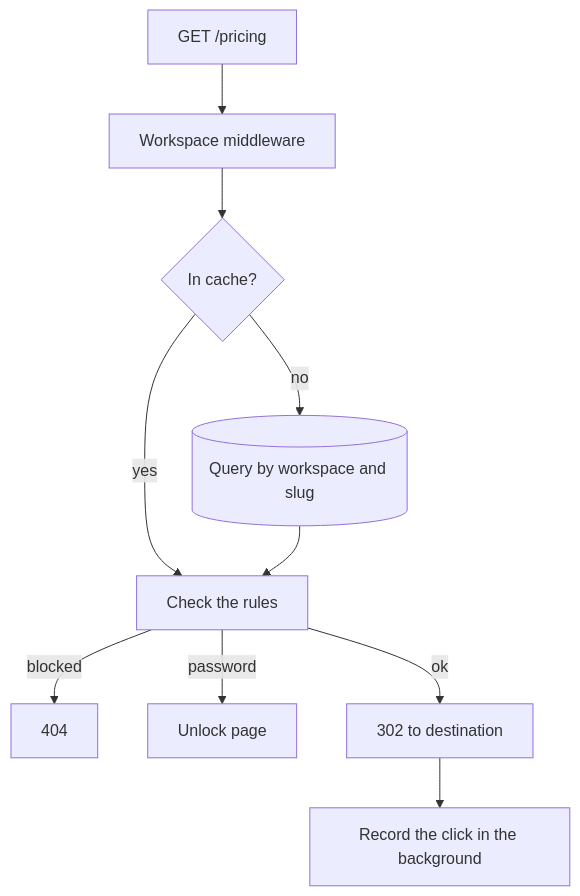
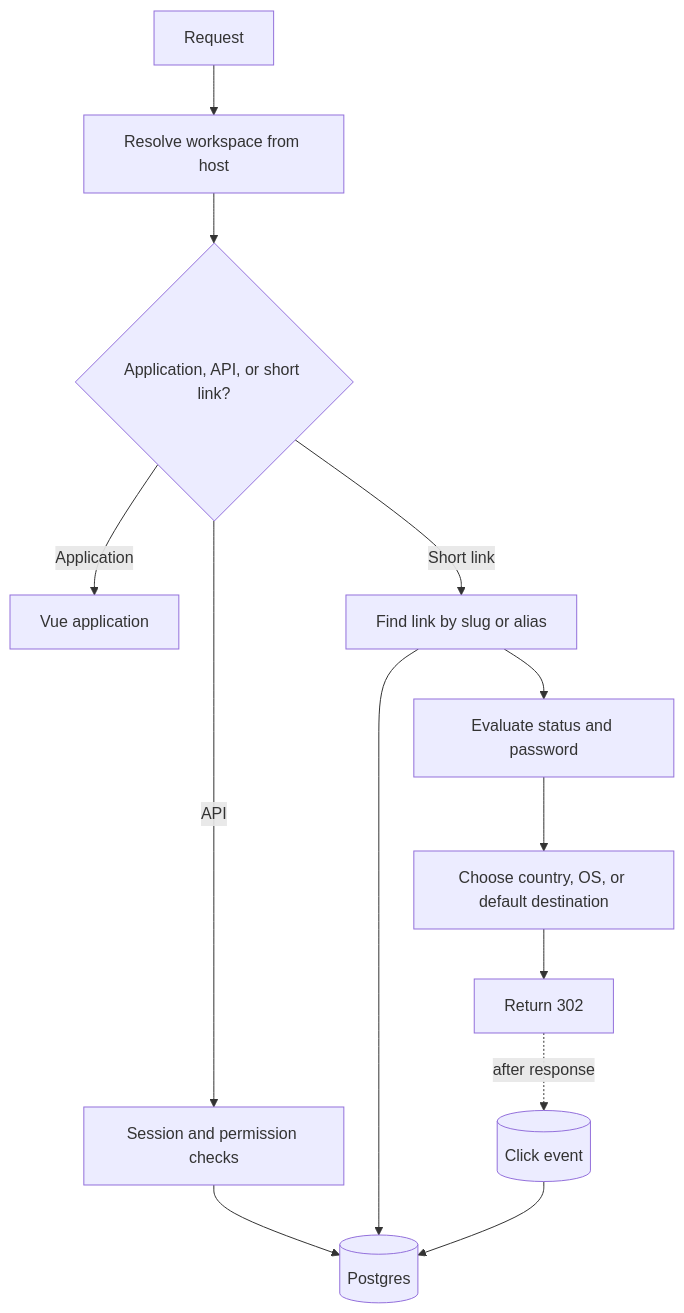
One commit to hamedniroomand/masir changed the diagram in docs/project/architecture.md. Above: the diagram before and after it, drawn with Mermaid. The commit also changed other lines of this file and 31 other files, not shown here.

````diff
--- a/docs/project/architecture.md
+++ b/docs/project/architecture.md
@@ -10,12 +10,15 @@
 ```mermaid
 flowchart TD
-  A[GET /pricing] --> B[Workspace middleware]
-  B --> C{In cache?}
-  C -->|yes| E[Check the rules]
-  C -->|no| D[(Query by workspace and slug)]
-  D --> E
-  E -->|blocked| F[404]
-  E -->|password| G[Unlock page]
-  E -->|ok| H[302 to destination]
-  H --> I[Record the click in the background]
+  R[Request] --> W[Resolve workspace from host]
+  W --> Q{Application, API, or short link?}
+  Q -->|Application| A[Vue application]
+  Q -->|API| C[Session and permission checks]
+  Q -->|Short link| L[Find link by slug or alias]
+  L --> S[Evaluate status and password]
+  S --> T[Choose country, OS, or default destination]
+  T --> D[Return 302]
+  D -. after response .-> E[(Click event)]
+  C --> P[(Postgres)]
+  L --> P
+  E --> P
 ```
````
